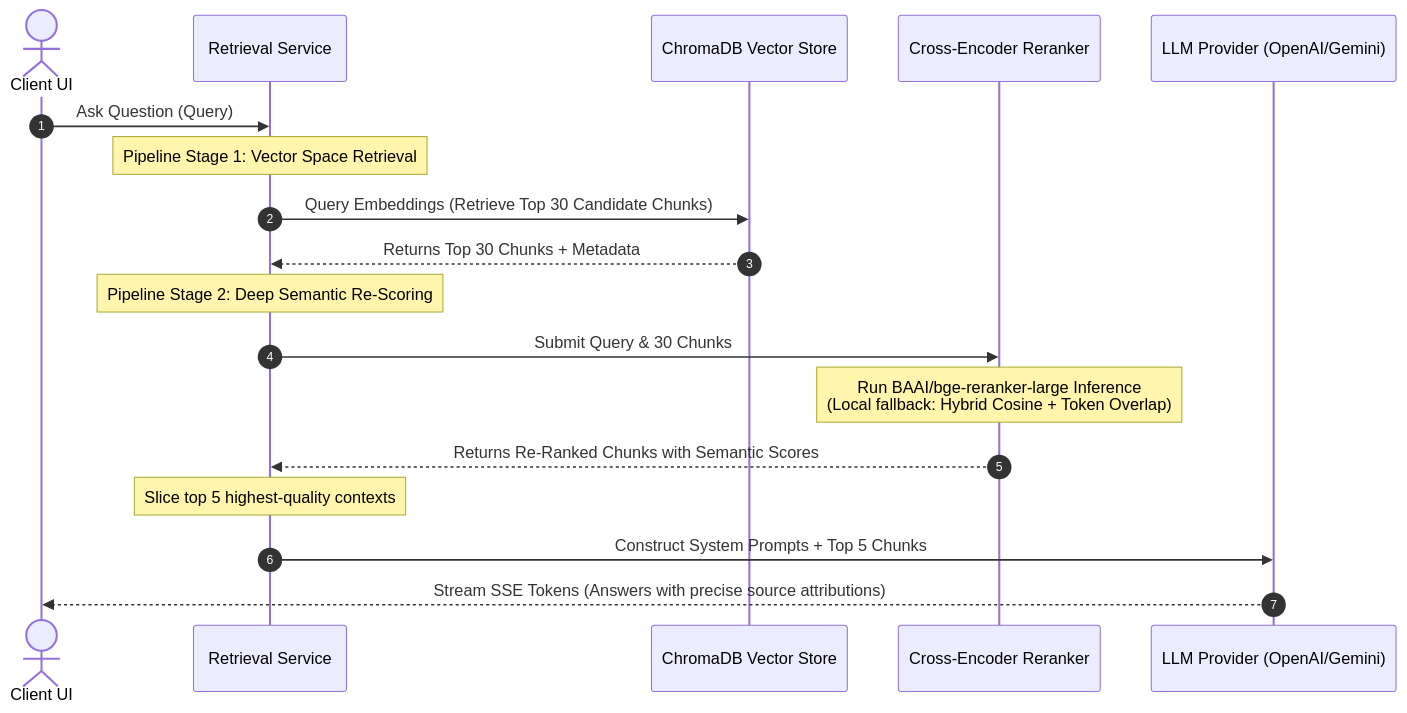
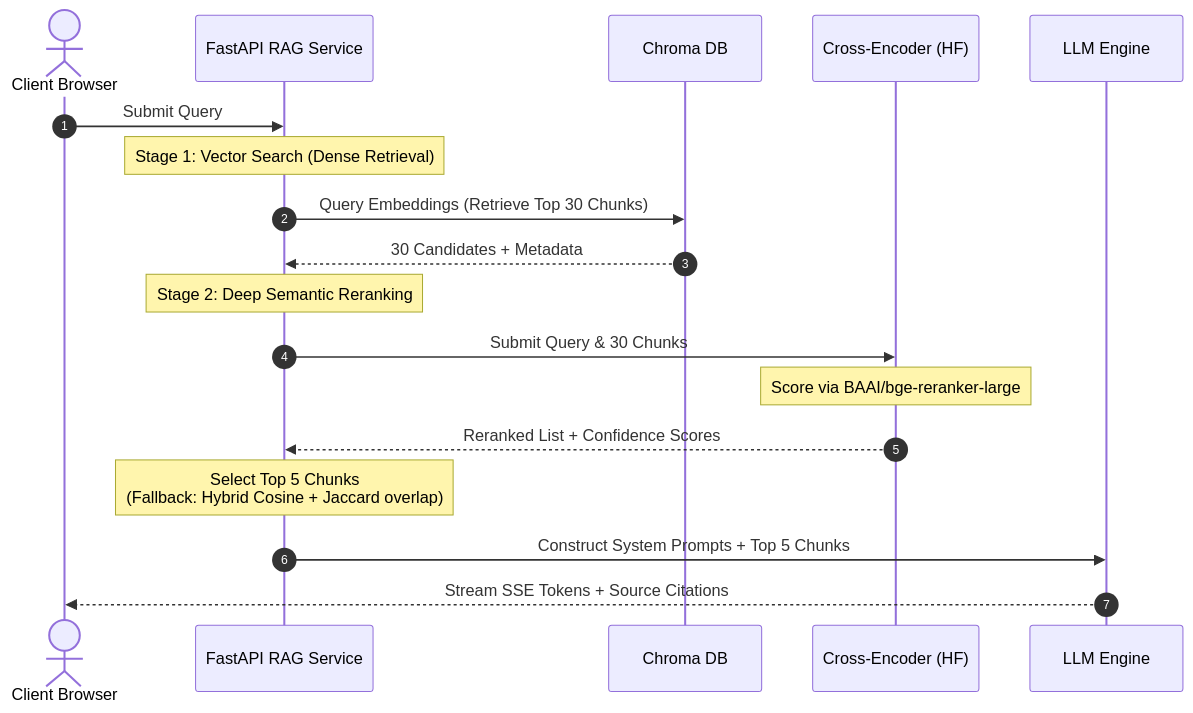
One commit to shiteshkhaw/DocuMindAI changed the second of 2 diagrams in README.md. Above: the diagram before and after it, drawn with Mermaid. The commit also changed other lines of this file, not shown here.

````diff
--- a/README.md
+++ b/README.md
@@ -65,23 +114,21 @@
 ```mermaid
 sequenceDiagram
     autonumber
-    actor User as Client UI
-    participant RAG as Retrieval Service
-    participant VS as ChromaDB Vector Store
-    participant CE as Cross-Encoder Reranker
-    participant LLM as LLM Provider (OpenAI/Gemini)
+    actor Client as Client Browser
+    participant API as FastAPI RAG Service
+    participant VS as Chroma DB
+    participant HF as Cross-Encoder (HF)
+    participant LLM as LLM Engine
 
-    User->>RAG: Ask Question (Query)
-    Note over RAG: Pipeline Stage 1: Vector Space Retrieval
-    RAG->>VS: Query Embeddings (Retrieve Top 30 Candidate Chunks)
-    VS-->>RAG: Returns Top 30 Chunks + Metadata
-
-    Note over RAG: Pipeline Stage 2: Deep Semantic Re-Scoring
-    RAG->>CE: Submit Query & 30 Chunks
-    Note over CE: Run BAAI/bge-reranker-large Inference<br/>(Local fallback: Hybrid Cosine + Token Overlap)
-    CE-->>RAG: Returns Re-Ranked Chunks with Semantic Scores
-
-    Note over RAG: Slice top 5 highest-quality contexts
-    RAG->>LLM: Construct System Prompts + Top 5 Chunks
-    LLM-->>User: Stream SSE Tokens (Answers with precise source attributions)
+    Client->>API: Submit Query
+    Note over API: Stage 1: Vector Search (Dense Retrieval)
+    API->>VS: Query Embeddings (Retrieve Top 30 Chunks)
+    VS-->>API: 30 Candidates + Metadata
+    Note over API: Stage 2: Deep Semantic Reranking
+    API->>HF: Submit Query & 30 Chunks
+    Note over HF: Score via BAAI/bge-reranker-large
+    HF-->>API: Reranked List + Confidence Scores
+    Note over API: Select Top 5 Chunks<br/>(Fallback: Hybrid Cosine + Jaccard overlap)
+    API->>LLM: Construct System Prompts + Top 5 Chunks
+    LLM-->>Client: Stream SSE Tokens + Source Citations
 ```
````
